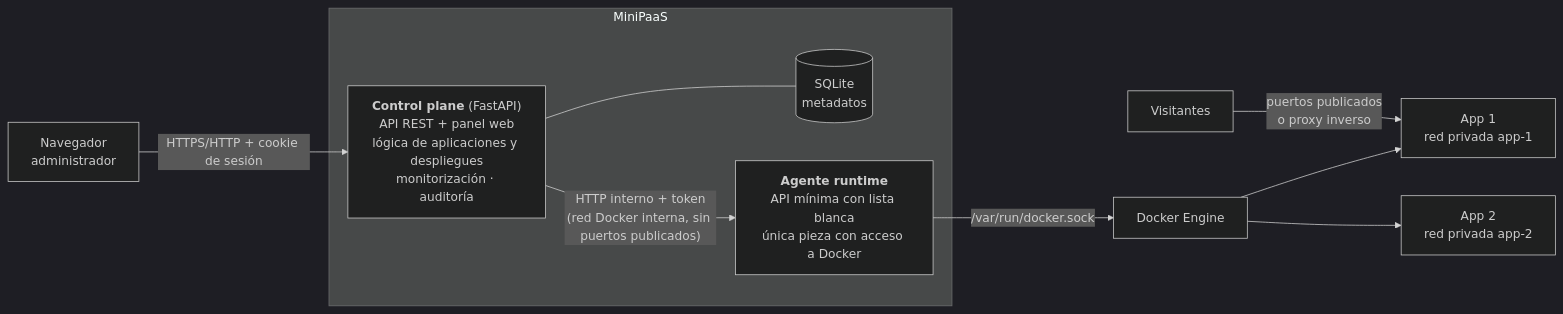
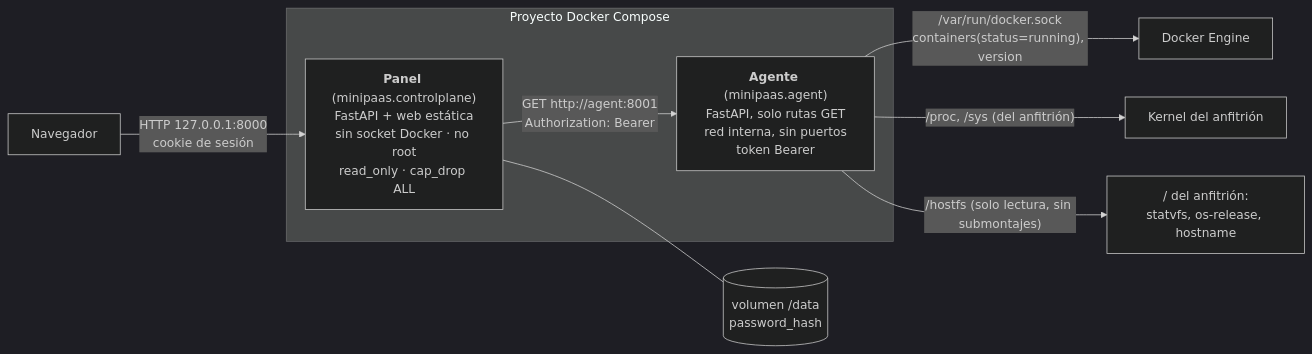
One commit to javialbala/Server-Monitoring-Service changed the first of 2 diagrams in docs/03-arquitectura.md. Above: the diagram before and after it, drawn with Mermaid (dark theme). The commit also changed other lines of this file and 18 other files, not shown here.

Commit message:
docs: renovación a plataforma de monitorización (arquitectura, requisitos, seguridad, pruebas, roadmap, ADR-036 a 041 e informe)

````diff
--- a/docs/03-arquitectura.md
+++ b/docs/03-arquitectura.md
@@ -10,17 +12,15 @@
 ```mermaid
 flowchart LR
-    U[Navegador<br/>administrador] -- HTTPS/HTTP + cookie de sesión --> CP
+    N[Navegador] -- "HTTP 127.0.0.1:8000<br/>cookie de sesión" --> P
 
-    subgraph MiniPaaS
-        CP["<b>Control plane</b> (FastAPI)<br/>API REST + panel web<br/>lógica de aplicaciones y despliegues<br/>monitorización · auditoría"]
-        DB[(SQLite<br/>metadatos)]
-        AG["<b>Agente runtime</b><br/>API mínima con lista blanca<br/>única pieza con acceso a Docker"]
-        CP --- DB
-        CP -- "HTTP interno + token<br/>(red Docker interna, sin puertos publicados)" --> AG
+    subgraph Compose[Proyecto Docker Compose]
+        P["<b>Panel</b> (minipaas.controlplane)<br/>FastAPI + web estática<br/>sin socket Docker · no root<br/>read_only · cap_drop ALL"]
+        A["<b>Agente</b> (minipaas.agent)<br/>FastAPI, solo rutas GET<br/>red interna, sin puertos<br/>token Bearer"]
+        P -- "GET http://agent:8001<br/>Authorization: Bearer" --> A
     end
 
-    AG -- "/var/run/docker.sock" --> D[Docker Engine]
-    D --> A1[App 1<br/>red privada app-1]
-    D --> A2[App 2<br/>red privada app-2]
-    V[Visitantes] -- puertos publicados<br/>o proxy inverso --> A1
+    A -- "/var/run/docker.sock<br/>containers(status=running), version" --> D[Docker Engine]
+    A -- "/proc, /sys (del anfitrión)" --> K[Kernel del anfitrión]
+    A -- "/hostfs (solo lectura, sin submontajes)" --> F["/ del anfitrión:<br/>statvfs, os-release, hostname"]
+    P --- V[("volumen /data<br/>password_hash")]
 ```
````
